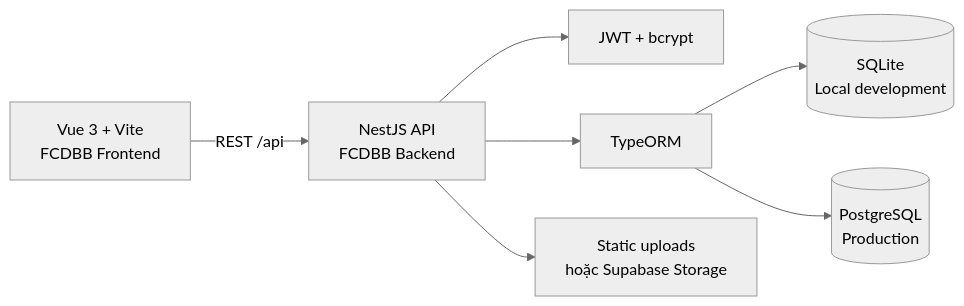
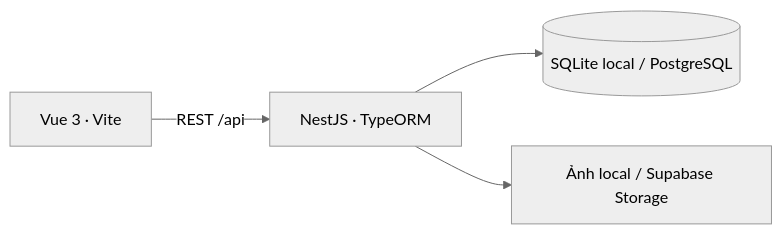
The diagram in README.md (LuongNuong131/LuNu_FCDBB), drawn with Mermaid (neutral theme) before and after one commit. The commit also changed other lines of this file and 2 other files, not shown here.

Commit message:
docs: refresh FCDBB project README

````diff
--- a/README.md
+++ b/README.md
@@ -69,9 +113,6 @@
 ```mermaid
 flowchart LR
-    Browser[Vue 3 + Vite\nFCDBB Frontend] -->|REST /api| API[NestJS API\nFCDBB Backend]
-    API --> Auth[JWT + bcrypt]
-    API --> ORM[TypeORM]
-    ORM --> Local[(SQLite\nLocal development)]
-    ORM --> Cloud[(PostgreSQL\nProduction)]
-    API --> Files[Static uploads\nhoặc Supabase Storage]
+    Web["Vue 3 · Vite"] -->|"REST /api"| API["NestJS · TypeORM"]
+    API --> DB[("SQLite local / PostgreSQL")]
+    API --> Images["Ảnh local / Supabase Storage"]
 ```
````
